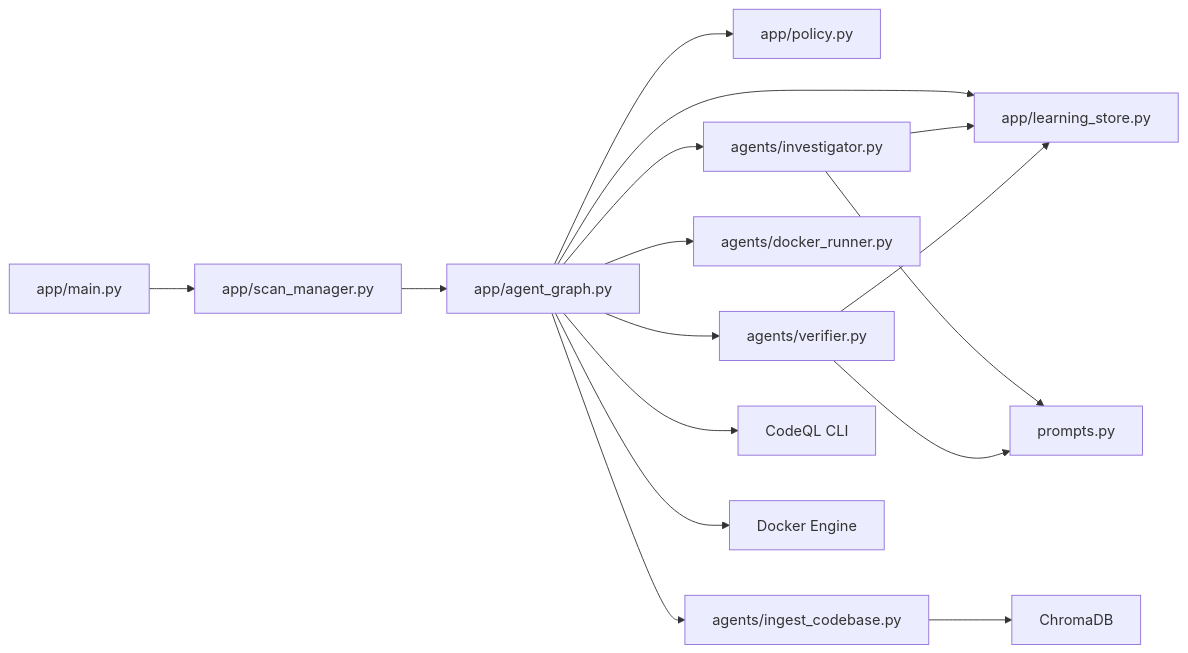
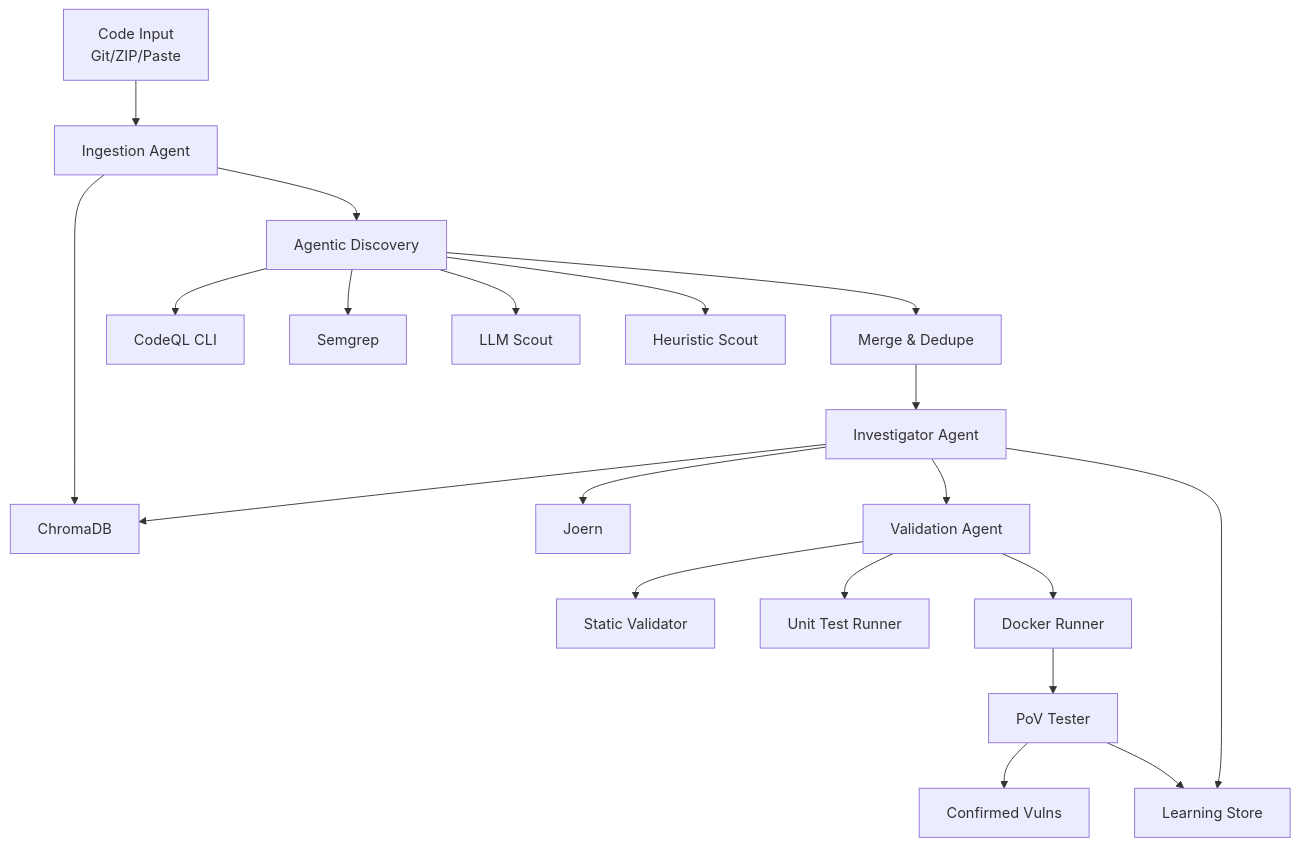
One commit to keysight-anya/AutoPoV changed the tenth of 10 diagrams in .qoder/repowiki/en/content/Architecture & Design/Architecture & Design.md. Above: the diagram before and after it, drawn with Mermaid. The commit also changed other lines of this file and 150 other files, not shown here.

````diff
--- a/.qoder/repowiki/en/content/Architecture & Design/Architecture & Design.md
+++ b/.qoder/repowiki/en/content/Architecture & Design/Architecture & Design.md
@@ -333,18 +439,22 @@
 ```mermaid
-graph LR
-API["app/main.py"] --> SM["app/scan_manager.py"]
-SM --> AG["app/agent_graph.py"]
-AG --> POL["app/policy.py"]
-AG --> LS["app/learning_store.py"]
-AG --> INV["agents/investigator.py"]
-AG --> VER["agents/verifier.py"]
-AG --> DR["agents/docker_runner.py"]
-INV --> PROMPTS["prompts.py"]
-VER --> PROMPTS
-INV --> LS
-VER --> LS
-AG --> ICG["agents/ingest_codebase.py"]
-ICG --> CHROMA["ChromaDB"]
-AG --> CODEQL["CodeQL CLI"]
-AG --> DOCK["Docker Engine"]
+graph TB
+CI["Code Input<br/>Git/ZIP/Paste"] --> IG["Ingestion Agent"]
+IG --> CH["ChromaDB"]
+IG --> AD["Agentic Discovery"]
+AD --> CO["CodeQL CLI"]
+AD --> SG["Semgrep"]
+AD --> SC["LLM Scout"]
+AD --> HS["Heuristic Scout"]
+AD --> MR["Merge & Dedupe"]
+MR --> INV["Investigator Agent"]
+INV --> CH
+INV --> JR["Joern"]
+INV --> VR["Validation Agent"]
+VR --> ST["Static Validator"]
+VR --> UT["Unit Test Runner"]
+VR --> DR["Docker Runner"]
+DR --> PT["PoV Tester"]
+PT --> OUT["Confirmed Vulns"]
+INV --> LS["Learning Store"]
+PT --> LS
 ```
````
